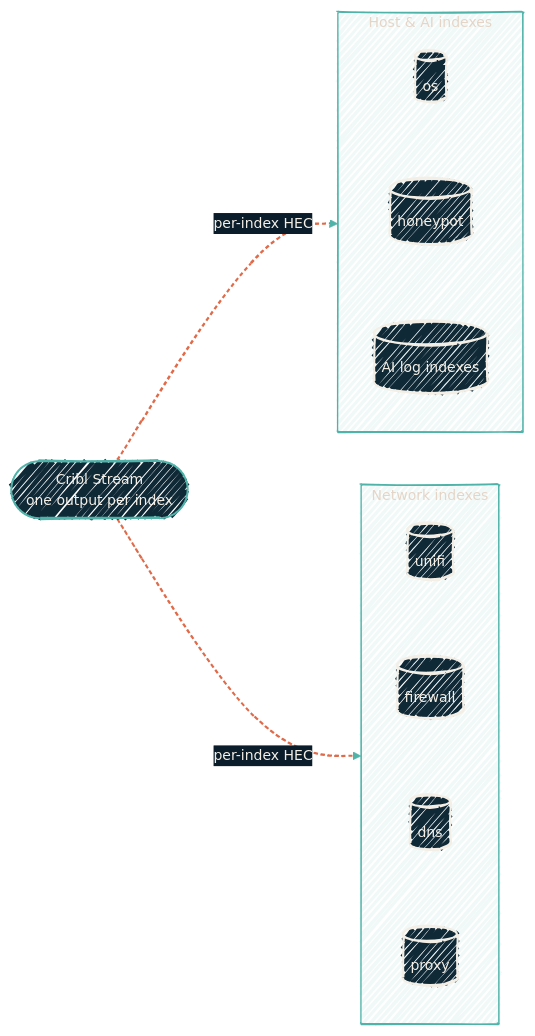
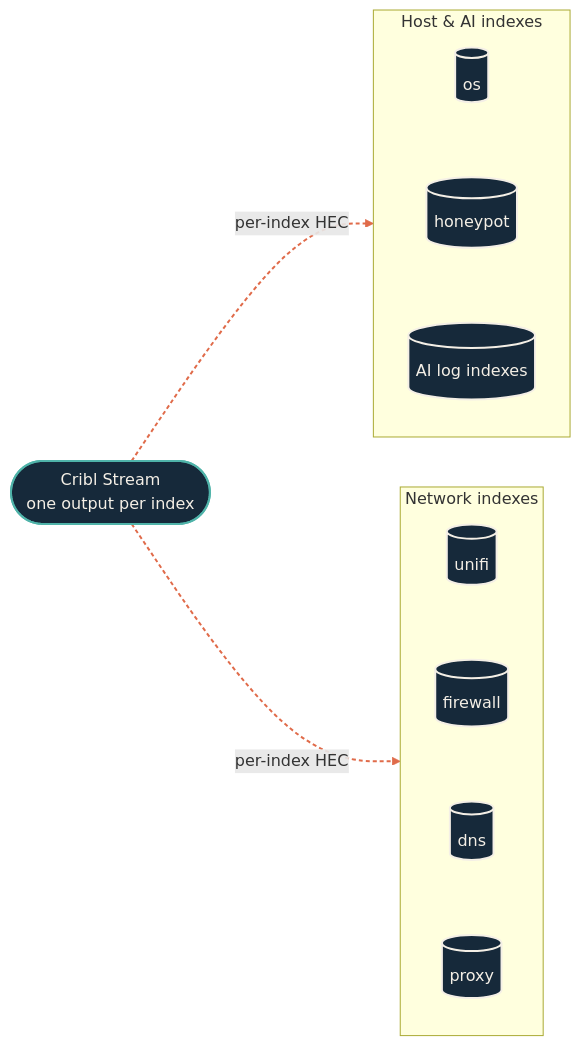
The seventh of 8 diagrams in observability/pipeline-flows.mdx (dryvist/docs), drawn with Mermaid before and after one commit. The commit also changed other lines of this file and 116 other files, not shown here.

````diff
--- a/observability/pipeline-flows.mdx
+++ b/observability/pipeline-flows.mdx
@@ -318,37 +334,41 @@
 ```mermaid
-%%{init:
-  {'theme':'base','look':'handDrawn','themeVariables':{'fontFamily':'Geist','fontSize':'14px','primaryColor':'#102937','primaryTextColor':'#F4EFE6','primaryBorderColor':'#4FB3A9','lineColor':'#4FB3A9','secondaryColor':'#0B1D2A','tertiaryColor':'#1A2A38','clusterBkg':'rgba(79,179,169,0.08)','clusterBorder':'#4FB3A9'}}}%%
-  flowchart LR
+%%{init: {"theme":"base","look":"handDrawn","themeVariables":{"primaryColor":"#123a36","primaryTextColor":"#f4efe6","primaryBorderColor":"#4fb3a9","lineColor":"#4fb3a9","secondaryColor":"#0b1d2a","tertiaryColor":"#16293a","clusterBkg":"#08151f","clusterBorder":"#4fb3a9","fontFamily":"'Geist Sans', system-ui, -apple-system, BlinkMacSystemFont, 'Segoe UI', Roboto, sans-serif","fontSize":"14px"}}}%%
+flowchart LR
+  classDef src fill:#16293a,stroke:#e06b4a,stroke-width:2px,color:#f4efe6;
+  classDef ai fill:#16293a,stroke:#e06b4a,stroke-width:2px,color:#f4efe6;
+  classDef gate fill:#16293a,stroke:#e06b4a,stroke-width:2.5px,color:#f4efe6;
+  classDef hop fill:#16293a,stroke:#4fb3a9,stroke-width:2px,color:#f4efe6;
+  classDef host fill:#16293a,stroke:#4fb3a9,stroke-width:2px,color:#f4efe6;
+  classDef sink fill:#16293a,stroke:#f4efe6,stroke-width:2px,color:#f4efe6;
+  classDef auto fill:#16293a,stroke:#f4efe6,stroke-width:1.5px,color:#f4efe6;
+  classDef external fill:#16293a,stroke:#e6b35a,stroke-width:2px,color:#f4efe6;
   Stream([Cribl Stream<br/>one output per index])
   subgraph net["Network indexes"]
   direction TB
   Iu[(unifi)]
   If[(firewall)]
   Id[(dns)]
   Ip[(proxy)]
   end
   subgraph hostai["Host & AI indexes"]
   direction TB
   Io[(os)]
   Ih[(honeypot)]
   Ia[(AI log indexes)]
   end
 
   Stream -->|per-index HEC| Iu
   Iu ~~~ If
   If ~~~ Id
   Id ~~~ Ip
   Stream -->|per-index HEC| Io
   Io ~~~ Ih
   Ih ~~~ Ia
 
-  classDef hop  fill:#102937,stroke:#4FB3A9,stroke-width:2px,color:#F4EFE6;
-  classDef sink fill:#102937,stroke:#F4EFE6,stroke-width:2px,color:#F4EFE6;
-
   class Stream hop
   class Iu,If,Id,Ip,Io,Ih,Ia sink
 
   click Stream "/observability/monitoring-agents" "Stream is the only Splunk egress"
 
   linkStyle 0,4 stroke:#E06B4A,stroke-width:2px,stroke-dasharray:4 3;
 ```
````
